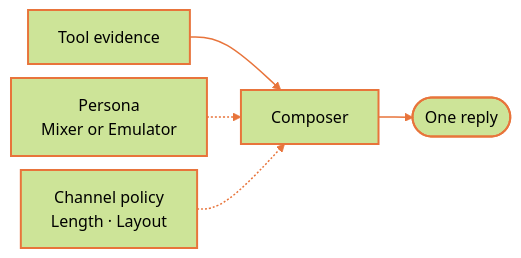
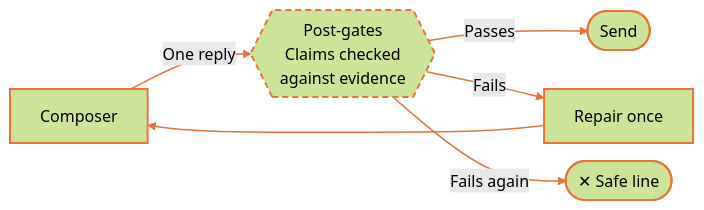
One commit to MelekMessoussi/docs changed the diagram in platform/discover/anatomy-of-a-myna-agent.mdx. Above: the diagram before and after it, drawn with Mermaid (forest theme). The commit also changed other lines of this file and 1 other file, not shown here.

Commit message:
Update The Anatomy of a Myna Agent
- Updated platform/discover/anatomy-of-a-myna-agent.mdx
- Created images/image-12.png

Mintlify-Source: dashboard-editor

````diff
--- a/platform/discover/anatomy-of-a-myna-agent.mdx
+++ b/platform/discover/anatomy-of-a-myna-agent.mdx
@@ -281,11 +287,14 @@
 ```mermaid
-%%{init: {'flowchart': {'nodeSpacing': 14, 'rankSpacing': 34}}}%%
+%%{init: {'flowchart': {'nodeSpacing': 18, 'rankSpacing': 30}}}%%
 flowchart LR
-    E["Tool evidence"] --> C["Composer"]
-    P["Persona<br/>Mixer or Emulator"] -.-> C
-    CH["Channel policy<br/>Length · Layout"] -.-> C
-    C --> R(["One reply"])
+    C["Composer"] -->|One reply| PG{{"Post-gates<br/>Claims checked<br/>against evidence"}}
+    PG -->|Passes| S(["Send"])
+    PG -->|Fails| R["Repair once"]
+    R --> C
+    PG -->|Fails again| SL(["✕ Safe line"])
     classDef stage stroke:#e8743b,stroke-width:2px
-    class E,C,P,CH,R stage
+    classDef gate stroke:#e8743b,stroke-width:2px,stroke-dasharray:6 4
+    class C,S,R,SL stage
+    class PG gate
     linkStyle default stroke:#e8743b,stroke-width:1.5px
 ```
````
